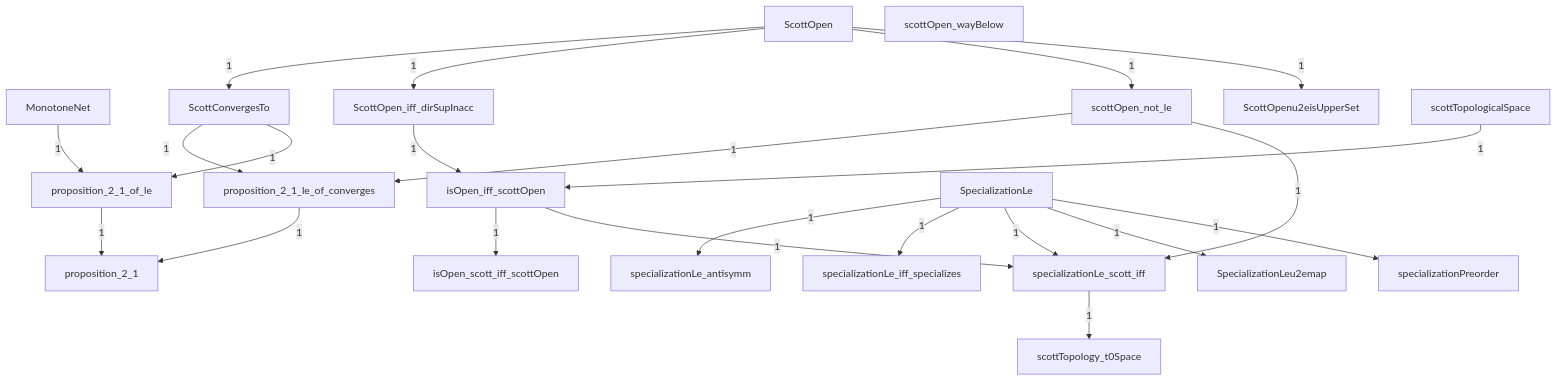
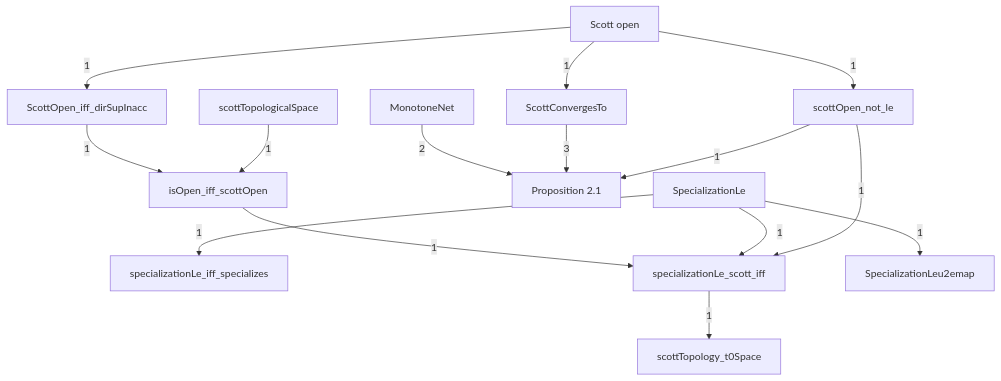
One commit to catskillsresearch/DomainTheory changed the diagram in DomainTheory/ContinuousLattice/Specialization/Specialization.mermaid. Above: the diagram before and after it, drawn with Mermaid. The commit also changed 55 other files, not shown here.

First line of the commit message:
Split Specialization into per-lean outline notes and refresh its mermaid.

```diff
--- a/DomainTheory/ContinuousLattice/Specialization/Specialization.mermaid
+++ b/DomainTheory/ContinuousLattice/Specialization/Specialization.mermaid
@@ -1,47 +1,37 @@
-%% Lean files imported under this note.
+%% Notes of the specialization order, in outline order.
+%% Each box is one outline note from 1972_Specialization_order.md.
 %% Arrowhead on the importer. The number is a direct-import count.
 %% An arrow already implied by a longer path is omitted.
 flowchart TB
 
-  Specialization_isOpen_iff_scottOpen["isOpen_iff_scottOpen"]
-  Specialization_isOpen_scott_iff_scottOpen["isOpen_scott_iff_scottOpen"]
-  Specialization_MonotoneNet["MonotoneNet"]
-  Specialization_proposition_2_1["proposition_2_1"]
-  Specialization_proposition_2_1_le_of_converges["proposition_2_1_le_of_converges"]
-  Specialization_proposition_2_1_of_le["proposition_2_1_of_le"]
-  Specialization_ScottConvergesTo["ScottConvergesTo"]
-  WayBelow_ScottOpen["ScottOpen"]
-  Specialization_ScottOpen_iff_dirSupInacc["ScottOpen_iff_dirSupInacc"]
-  Specialization_scottOpen_not_le["scottOpen_not_le"]
-  WayBelow_scottOpen_wayBelow["scottOpen_wayBelow"]
-  WayBelow_ScottOpenu2eisUpperSet["ScottOpenu2eisUpperSet"]
-  Specialization_scottTopologicalSpace["scottTopologicalSpace"]
-  Specialization_scottTopology_t0Space["scottTopology_t0Space"]
-  Specialization_SpecializationLe["SpecializationLe"]
-  Specialization_specializationLe_antisymm["specializationLe_antisymm"]
-  Specialization_specializationLe_iff_specializes["specializationLe_iff_specializes"]
-  Specialization_specializationLe_scott_iff["specializationLe_scott_iff"]
-  Specialization_SpecializationLeu2emap["SpecializationLeu2emap"]
-  Specialization_specializationPreorder["specializationPreorder"]
+  OiSO["isOpen_iff_scottOpen"]
+  MN["MonotoneNet"]
+  P21["Proposition 2.1"]
+  SO["Scott open"]
+  SCT["ScottConvergesTo"]
+  SOds["ScottOpen_iff_dirSupInacc"]
+  SOnt["scottOpen_not_le"]
+  STS["scottTopologicalSpace"]
+  T0["scottTopology_t0Space"]
+  SLe["SpecializationLe"]
+  SlSp["specializationLe_iff_specializes"]
+  SlSc["specializationLe_scott_iff"]
+  SLeu["SpecializationLeu2emap"]
 
-  Specialization_ScottOpen_iff_dirSupInacc -->|"1"| Specialization_isOpen_iff_scottOpen
-  Specialization_scottTopologicalSpace -->|"1"| Specialization_isOpen_iff_scottOpen
-  Specialization_isOpen_iff_scottOpen -->|"1"| Specialization_isOpen_scott_iff_scottOpen
-  Specialization_proposition_2_1_le_of_converges -->|"1"| Specialization_proposition_2_1
-  Specialization_proposition_2_1_of_le -->|"1"| Specialization_proposition_2_1
-  Specialization_ScottConvergesTo -->|"1"| Specialization_proposition_2_1_le_of_converges
-  Specialization_scottOpen_not_le -->|"1"| Specialization_proposition_2_1_le_of_converges
-  Specialization_MonotoneNet -->|"1"| Specialization_proposition_2_1_of_le
-  Specialization_ScottConvergesTo -->|"1"| Specialization_proposition_2_1_of_le
-  WayBelow_ScottOpen -->|"1"| Specialization_ScottConvergesTo
-  WayBelow_ScottOpen -->|"1"| Specialization_ScottOpen_iff_dirSupInacc
-  WayBelow_ScottOpen -->|"1"| Specialization_scottOpen_not_le
-  WayBelow_ScottOpen -->|"1"| WayBelow_ScottOpenu2eisUpperSet
-  Specialization_specializationLe_scott_iff -->|"1"| Specialization_scottTopology_t0Space
-  Specialization_SpecializationLe -->|"1"| Specialization_specializationLe_antisymm
-  Specialization_SpecializationLe -->|"1"| Specialization_specializationLe_iff_specializes
-  Specialization_isOpen_iff_scottOpen -->|"1"| Specialization_specializationLe_scott_iff
-  Specialization_scottOpen_not_le -->|"1"| Specialization_specializationLe_scott_iff
-  Specialization_SpecializationLe -->|"1"| Specialization_specializationLe_scott_iff
-  Specialization_SpecializationLe -->|"1"| Specialization_SpecializationLeu2emap
-  Specialization_SpecializationLe -->|"1"| Specialization_specializationPreorder
+  SOds -->|"1"| OiSO
+  STS -->|"1"| OiSO
+  MN -->|"2"| P21
+  SCT -->|"3"| P21
+  SOnt -->|"1"| P21
+  SO -->|"1"| SCT
+  SLe -->|"1"| SLeu
+  SO -->|"1"| SOds
+  SO -->|"1"| SOnt
+  OiSO -->|"1"| SlSc
+  SLe -->|"1"| SlSc
+  SOnt -->|"1"| SlSc
+  SLe -->|"1"| SlSp
+  SlSc -->|"1"| T0
+
+  classDef file fill:#dbeafe,stroke:#1d4ed8,color:#1e3a8a
+  classDef ext fill:#f3f4f6,stroke:#374151,color:#111827
```
